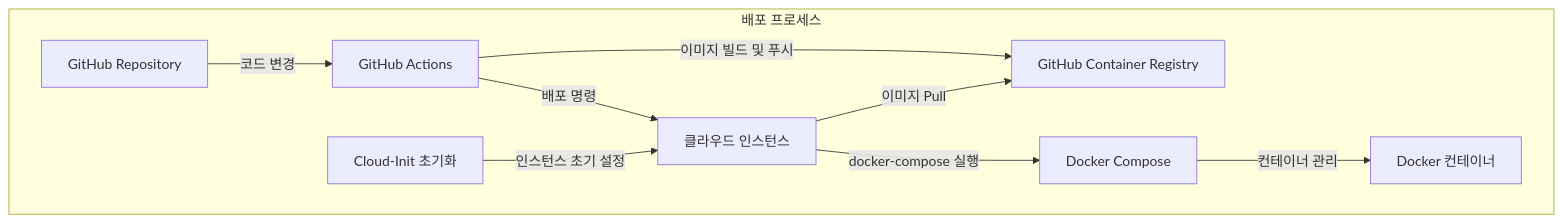
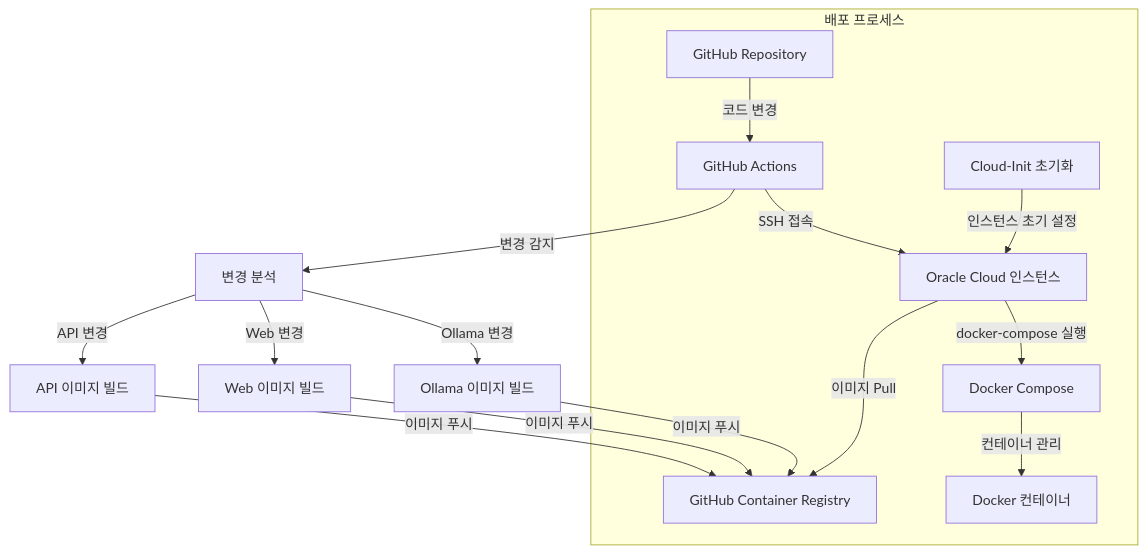
Before and after one commit to HaeSim/bot-haesim-monorepo: the sixth of 6 diagrams in README.md, drawn with Mermaid. The commit also changed other lines of this file, not shown here.

````diff
--- a/README.md
+++ b/README.md
@@ -343,20 +484,26 @@
 ```mermaid
 graph TD
     subgraph "배포 프로세스"
         GH["GitHub Repository"]
         GHA["GitHub Actions"]
         REGISTRY["GitHub Container Registry"]
-        SERVER["클라우드 인스턴스"]
+        SERVER["Oracle Cloud 인스턴스"]
         CLOUDINIT["Cloud-Init 초기화"]
         COMPOSE["Docker Compose"]
         CONTAINERS["Docker 컨테이너"]
     end
 
     GH -->|코드 변경| GHA
-    GHA -->|이미지 빌드 및 푸시| REGISTRY
-    GHA -->|배포 명령| SERVER
+    GHA -->|변경 감지| ANALYZE[변경 분석]
+    ANALYZE -->|API 변경| BUILD_API[API 이미지 빌드]
+    ANALYZE -->|Web 변경| BUILD_WEB[Web 이미지 빌드]
+    ANALYZE -->|Ollama 변경| BUILD_OLLAMA[Ollama 이미지 빌드]
+    BUILD_API -->|이미지 푸시| REGISTRY
+    BUILD_WEB -->|이미지 푸시| REGISTRY
+    BUILD_OLLAMA -->|이미지 푸시| REGISTRY
+    GHA -->|SSH 접속| SERVER
     CLOUDINIT -->|인스턴스 초기 설정| SERVER
     SERVER -->|이미지 Pull| REGISTRY
     SERVER -->|docker-compose 실행| COMPOSE
     COMPOSE -->|컨테이너 관리| CONTAINERS
 ```
````
